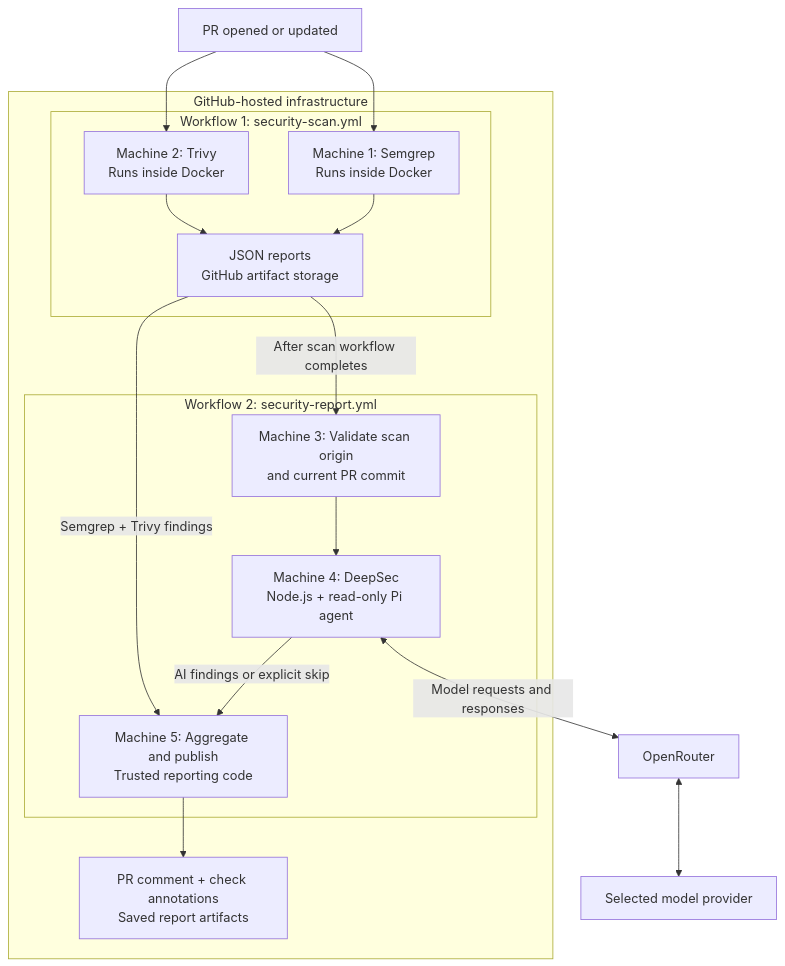
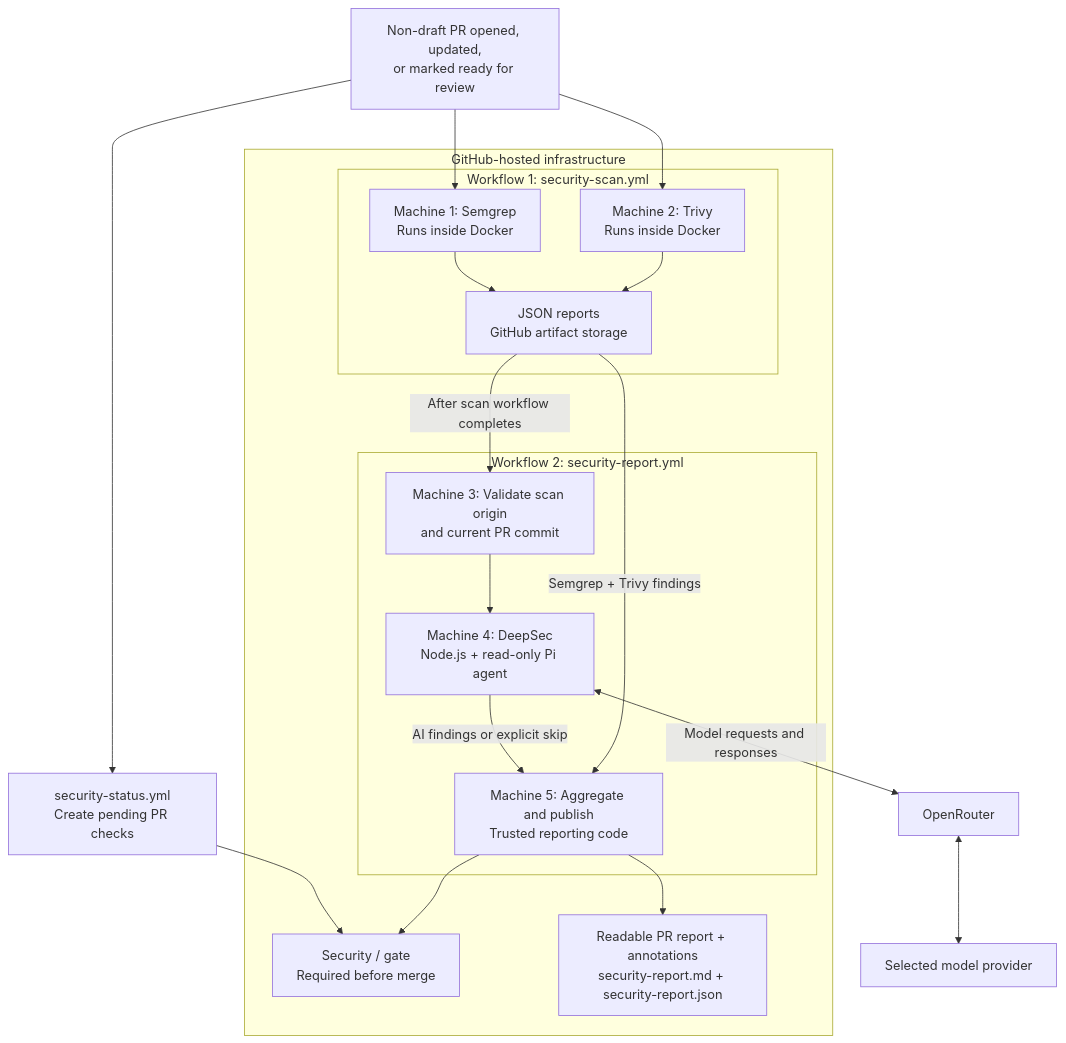
The diagram in SECURITY-PIPELINE.md (na-stt/security-pipeline-demo), drawn with Mermaid before and after one commit. The commit also changed other lines of this file and 13 other files, not shown here.

Commit message:
Add combined security gate and readable PR reports

````diff
--- a/SECURITY-PIPELINE.md
+++ b/SECURITY-PIPELINE.md
@@ -28,31 +28,35 @@
 ```mermaid
 flowchart TD
-    PR["PR opened or updated"]
+    PR["Non-draft PR opened, updated,<br/>or marked ready for review"]
+    STATUS["security-status.yml<br/>Create pending PR checks"]
+    PR --> STATUS
+    STATUS --> GATE["Security / gate<br/>Required before merge"]
 
     subgraph GH["GitHub-hosted infrastructure"]
         subgraph SCAN["Workflow 1: security-scan.yml"]
             S["Machine 1: Semgrep<br/>Runs inside Docker"]
             T["Machine 2: Trivy<br/>Runs inside Docker"]
             A["JSON reports<br/>GitHub artifact storage"]
             S --> A
             T --> A
         end
 
         subgraph REPORT["Workflow 2: security-report.yml"]
             V["Machine 3: Validate scan origin<br/>and current PR commit"]
             D["Machine 4: DeepSec<br/>Node.js + read-only Pi agent"]
             P["Machine 5: Aggregate and publish<br/>Trusted reporting code"]
             V --> D
             D -->|"AI findings or explicit skip"| P
         end
 
         A -->|"After scan workflow completes"| V
         A -->|"Semgrep + Trivy findings"| P
-        P --> RESULT["PR comment + check annotations<br/>Saved report artifacts"]
+        P --> RESULT["Readable PR report + annotations<br/>security-report.md + security-report.json"]
+        P --> GATE
     end
 
     PR --> S
     PR --> T
     D <-->|"Model requests and responses"| GW["OpenRouter"]
     GW <--> MODEL["Selected model provider"]
 ```
````
